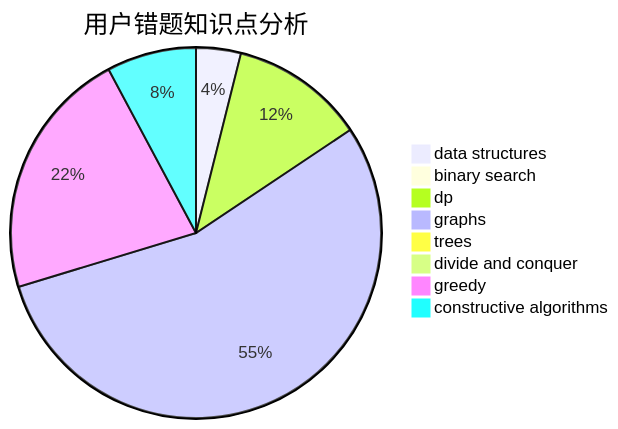
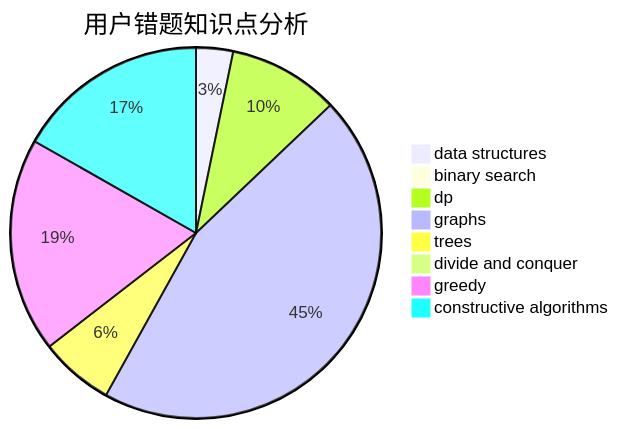
One commit to sherpahu/cfrs.github.io changed the third of 3 diagrams in docs/user/u2233.md. Above: the diagram before and after it, drawn with Mermaid. The commit also changed other lines of this file and 2770 other files, not shown here.

````diff
--- a/docs/user/u2233.md
+++ b/docs/user/u2233.md
@@ -36,11 +36,11 @@
 ```mermaid
 pie title 用户错题知识点分析
     "data structures" :  5
     "binary search" :  0
     "dp" :  15
     "graphs" :  70
-    "trees" :  0
+    "trees" :  10
     "divide and conquer" :  0
-    "greedy" :  28
-    "constructive algorithms" :  10
+    "greedy" :  29
+    "constructive algorithms" :  26
 ```
````
